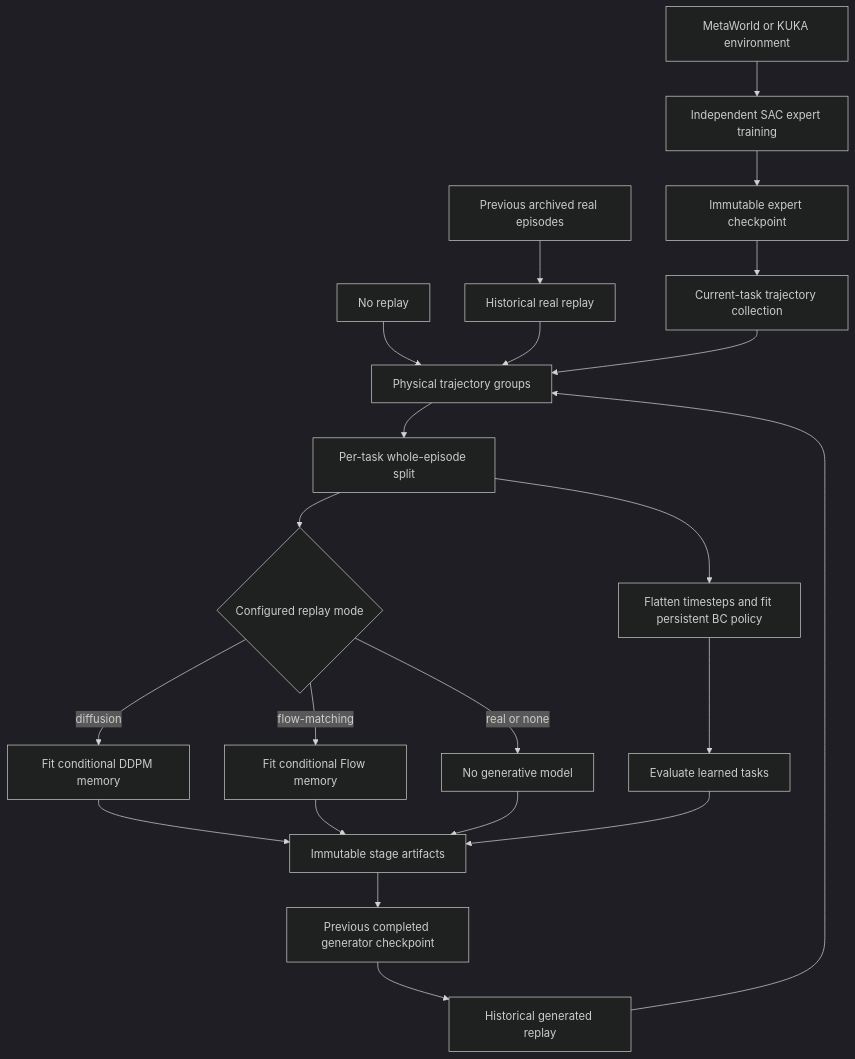
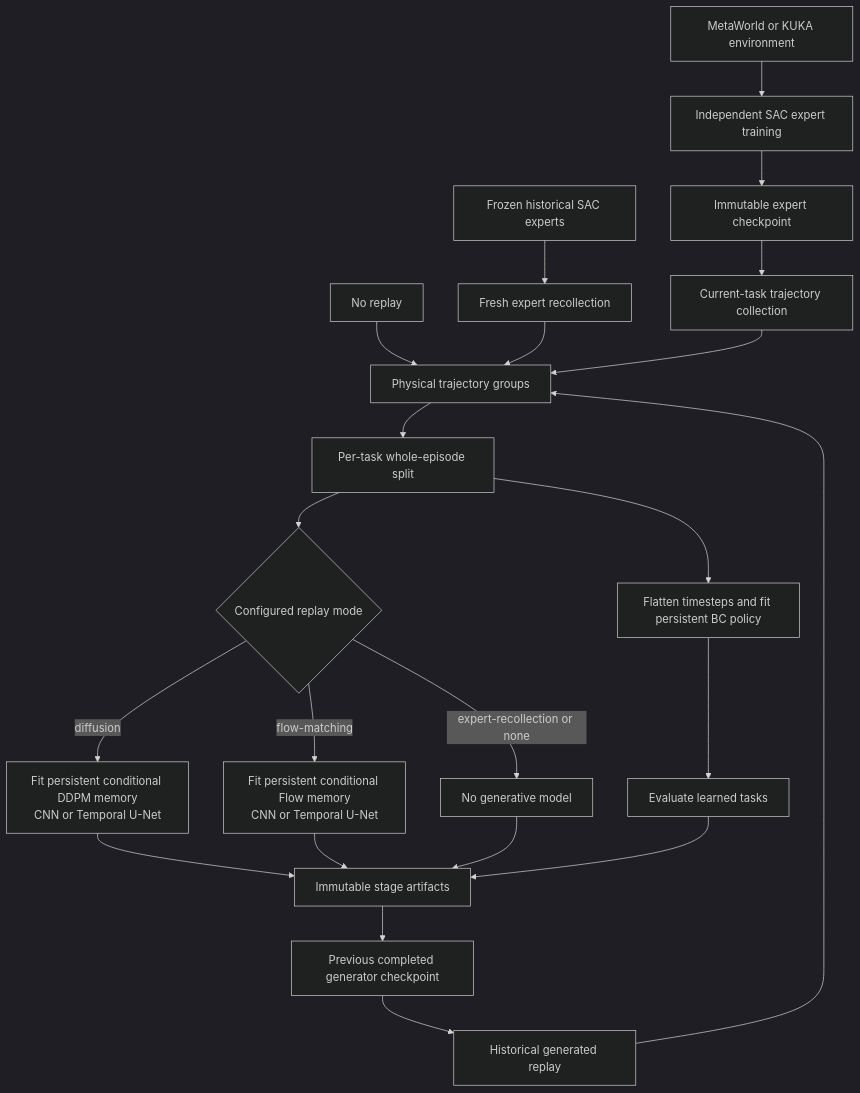
Before and after one commit to yikai-he/continual-learning: the diagram in docs/ARCHITECTURE.md, drawn with Mermaid (dark theme). The commit also changed other lines of this file and 372 other files, not shown here.

Commit message:
Prepare legacy-inspired SAC and CW5 expert training

````diff
--- a/docs/ARCHITECTURE.md
+++ b/docs/ARCHITECTURE.md
@@ -73,26 +69,26 @@
 ```mermaid
 flowchart TD
     E[MetaWorld or KUKA environment] --> S[Independent SAC expert training]
     S --> C[Immutable expert checkpoint]
     C --> D[Current-task trajectory collection]
 
     P[Previous completed generator checkpoint] --> R[Historical generated replay]
-    A[Previous archived real episodes] --> RR[Historical real replay]
+    A[Frozen historical SAC experts] --> RR[Fresh expert recollection]
     N[No replay] --> X
     R --> X[Physical trajectory groups]
     RR --> X
     D --> X
 
     X --> SP[Per-task whole-episode split]
     SP --> G{Configured replay mode}
-    G -->|diffusion| DDPM[Fit conditional DDPM memory]
-    G -->|flow-matching| FM[Fit conditional Flow memory]
-    G -->|real or none| NG[No generative model]
+    G -->|diffusion| DDPM[Fit persistent conditional DDPM memory<br/>CNN or Temporal U-Net]
+    G -->|flow-matching| FM[Fit persistent conditional Flow memory<br/>CNN or Temporal U-Net]
+    G -->|expert-recollection or none| NG[No generative model]
     SP --> BC[Flatten timesteps and fit persistent BC policy]
     BC --> EV[Evaluate learned tasks]
     DDPM --> CK[Immutable stage artifacts]
     FM --> CK
     NG --> CK
     EV --> CK
     CK --> P
 ```
````
